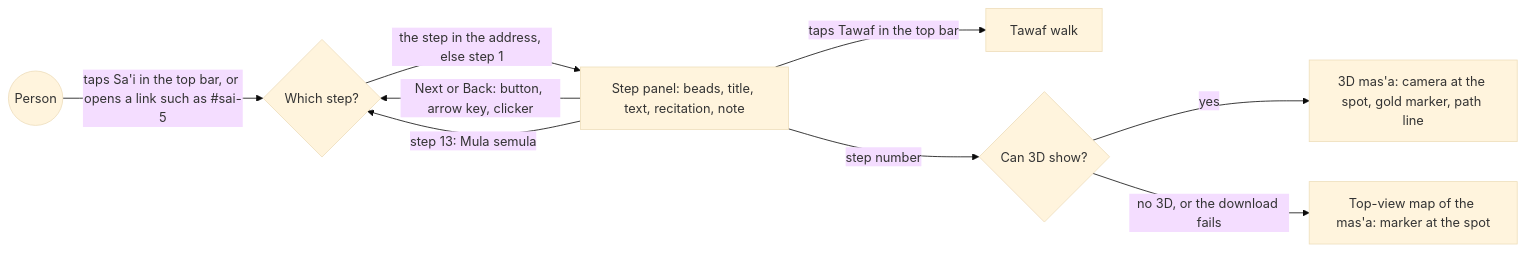
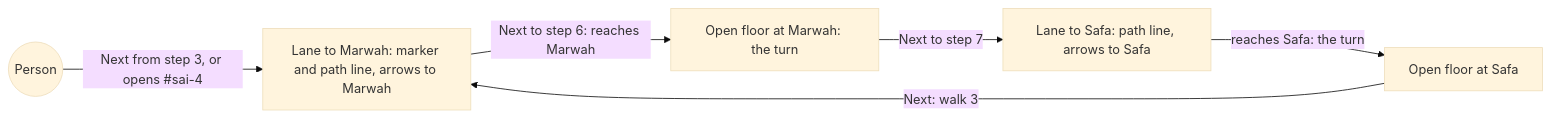
One commit to dzaffren/isfar changed the first of 4 diagrams in docs/specs/sai-walk.md. Above: the diagram before and after it, drawn with Mermaid (base theme). The commit also changed other lines of this file and 21 other files, not shown here.

First line of the commit message:
fix(sai): show the two one-way lanes of the mas'a (#6)

````diff
--- a/docs/specs/sai-walk.md
+++ b/docs/specs/sai-walk.md
@@ -34,11 +37,8 @@
 ```mermaid
 flowchart LR
-    P((Person)) -- "taps Sa'i in the top bar, or opens a link such as #sai-5" --> A{Which step?}
-    A -- "the step in the address, else step 1" --> S[Step panel: beads, title, text, recitation, note]
-    S -- "Next or Back: button, arrow key, clicker" --> A
-    S -- "step 13: Mula semula" --> A
-    S -- "taps Tawaf in the top bar" --> T[Tawaf walk]
-    S -- "step number" --> V{Can 3D show?}
-    V -- yes --> C[3D mas'a: camera at the spot, gold marker, path line]
-    V -- "no 3D, or the download fails" --> M[Top-view map of the mas'a: marker at the spot]
+    P((Person)) -- "Next from step 3, or opens #sai-4" --> L1["Lane to Marwah: marker and path line, arrows to Marwah"]
+    L1 -- "Next to step 6: reaches Marwah" --> M["Open floor at Marwah: the turn"]
+    M -- "Next to step 7" --> L2["Lane to Safa: path line, arrows to Safa"]
+    L2 -- "reaches Safa: the turn" --> S["Open floor at Safa"]
+    S -- "Next: walk 3" --> L1
 ```
````
